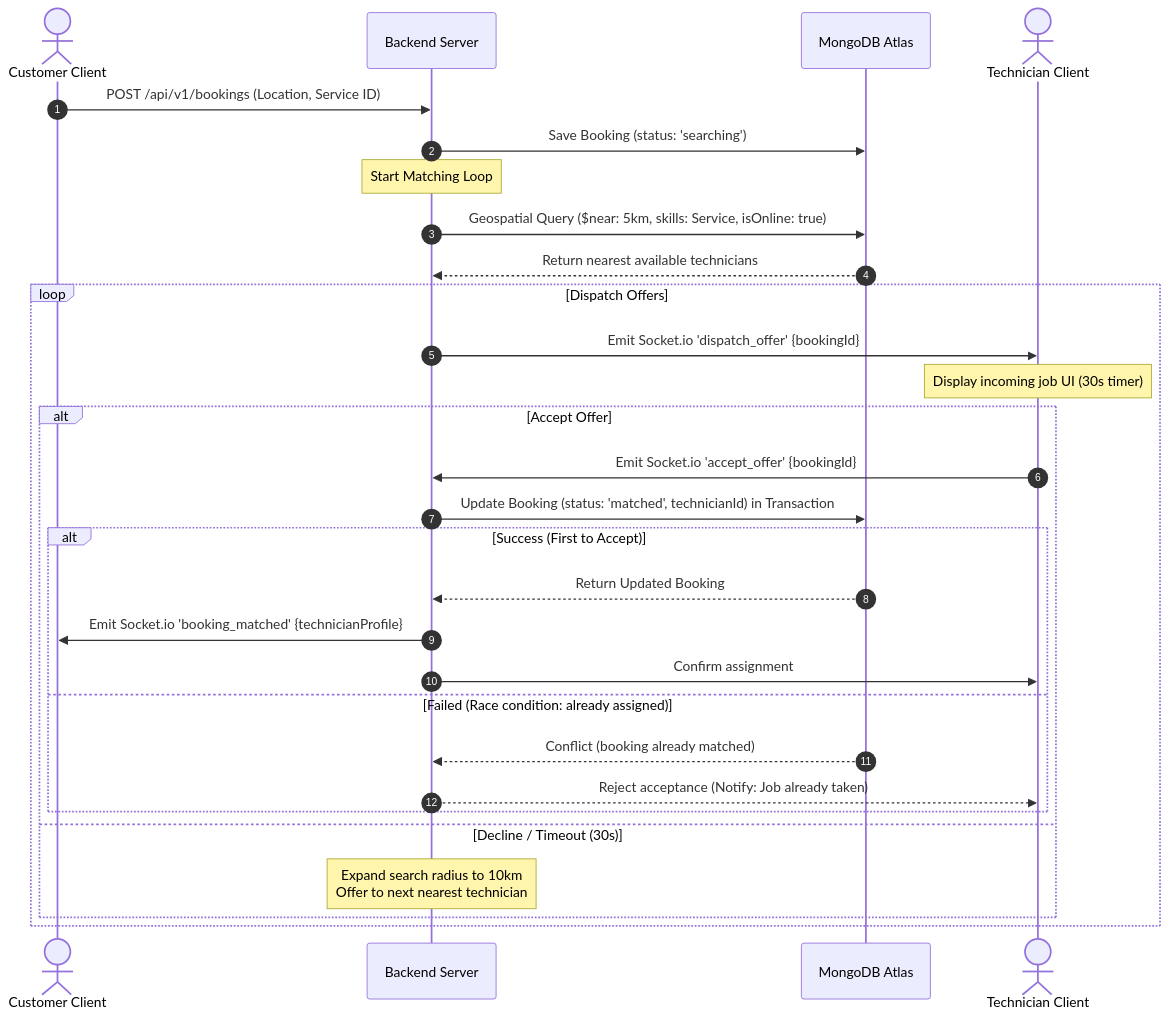
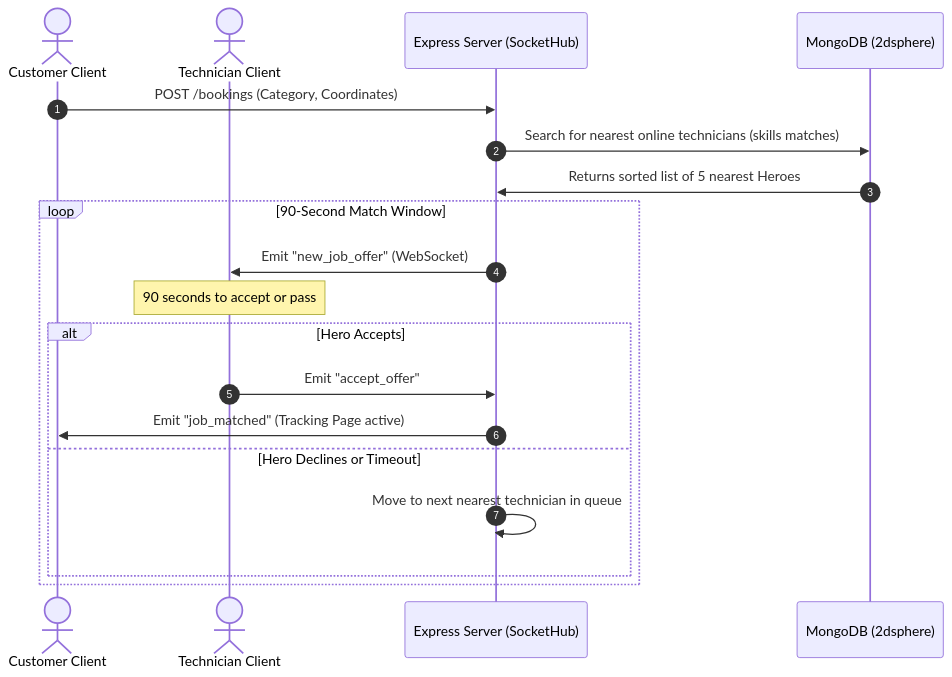
One commit to ananthamanvitha9-oss/home-hero changed the third of 3 diagrams in docs/architecture/system-architecture.md. Above: the diagram before and after it, drawn with Mermaid. The commit also changed other lines of this file and 22 other files, not shown here.

Commit message:
feat: implement backend API foundation, authentication controllers, and frontend service layer with Axios interceptors

````diff
--- a/docs/architecture/system-architecture.md
+++ b/docs/architecture/system-architecture.md
@@ -301,34 +104,22 @@
 ```mermaid
 sequenceDiagram
     autonumber
     actor Customer as Customer Client
-    participant Server as Backend Server
-    participant DB as MongoDB Atlas
-    actor Technician as Technician Client
+    actor Hero as Technician Client
+    participant Server as Express Server (SocketHub)
+    participant DB as MongoDB (2dsphere)
 
-    Customer->>Server: POST /api/v1/bookings (Location, Service ID)
-    Server->>DB: Save Booking (status: 'searching')
-    
-    Note over Server: Start Matching Loop
-    Server->>DB: Geospatial Query ($near: 5km, skills: Service, isOnline: true)
-    DB-->>Server: Return nearest available technicians
-    
-    loop Dispatch Offers
-        Server->>Technician: Emit Socket.io 'dispatch_offer' {bookingId}
-        Note over Technician: Display incoming job UI (30s timer)
-        alt Accept Offer
-            Technician->>Server: Emit Socket.io 'accept_offer' {bookingId}
-            Server->>DB: Update Booking (status: 'matched', technicianId) in Transaction
-            alt Success (First to Accept)
-                DB-->>Server: Return Updated Booking
-                Server->>Customer: Emit Socket.io 'booking_matched' {technicianProfile}
-                Server->>Technician: Confirm assignment
-            else Failed (Race condition: already assigned)
-                DB-->>Server: Conflict (booking already matched)
-                Server-->>Technician: Reject acceptance (Notify: Job already taken)
-            end
-        else Decline / Timeout (30s)
-            Note over Server: Expand search radius to 10km<br/>Offer to next nearest technician
+    Customer->>Server: POST /bookings (Category, Coordinates)
+    Server->>DB: Search for nearest online technicians (skills matches)
+    DB->>Server: Returns sorted list of 5 nearest Heroes
+    loop 90-Second Match Window
+        Server->>Hero: Emit "new_job_offer" (WebSocket)
+        Note over Hero: 90 seconds to accept or pass
+        alt Hero Accepts
+            Hero->>Server: Emit "accept_offer"
+            Server->>Customer: Emit "job_matched" (Tracking Page active)
+        else Hero Declines or Timeout
+            Server->>Server: Move to next nearest technician in queue
         end
     end
 ```
````
